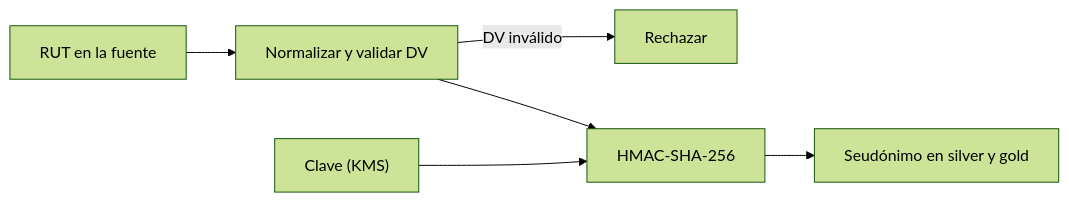
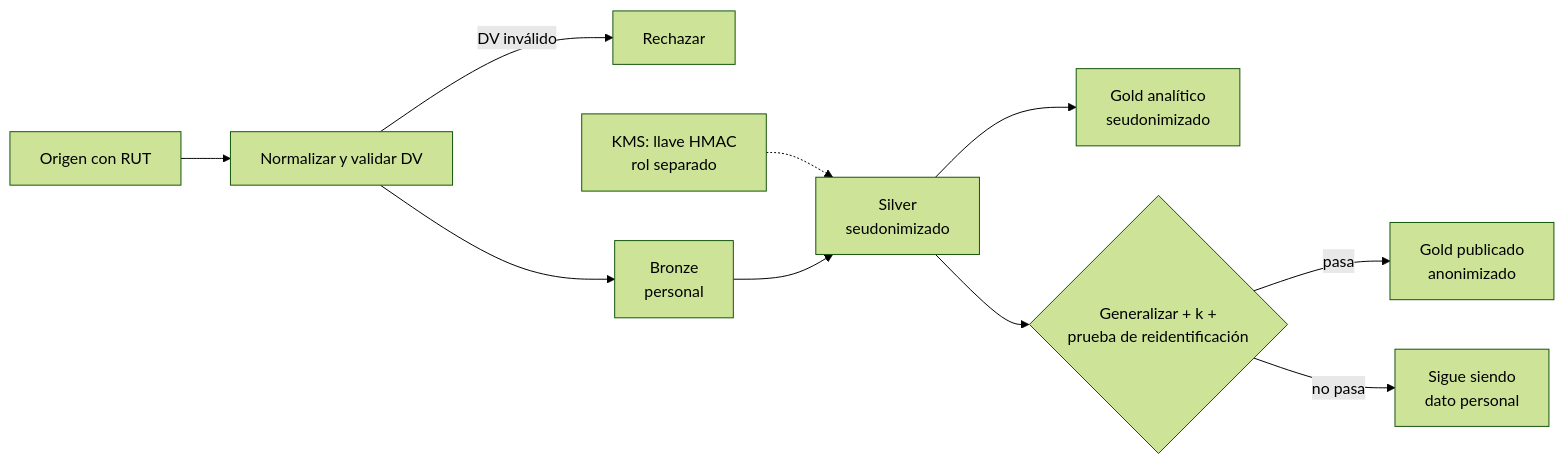
The diagram in content/concepts/chilean-identifier-pseudonymization.md (fcp4891/de-knowledge-hub), drawn with Mermaid (forest theme) before and after one commit. The commit also changed other lines of this file and 23 other files, not shown here.

````diff
--- a/content/concepts/chilean-identifier-pseudonymization.md
+++ b/content/concepts/chilean-identifier-pseudonymization.md
@@ -141,8 +146,12 @@
 ```mermaid
 flowchart LR
-  R["RUT en la fuente"] --> N["Normalizar y validar DV"]
+  O["Origen con RUT"] --> N["Normalizar y validar DV"]
   N -- "DV inválido" --> X["Rechazar"]
-  N --> H["HMAC-SHA-256"]
-  K["Clave (KMS)"] --> H
-  H --> S["Seudónimo en silver y gold"]
+  N --> B["Bronze<br/>personal"]
+  K["KMS: llave HMAC<br/>rol separado"] -.-> S
+  B --> S["Silver<br/>seudonimizado"]
+  S --> G["Gold analítico<br/>seudonimizado"]
+  S --> A{"Generalizar + k +<br/>prueba de reidentificación"}
+  A -- "pasa" --> P["Gold publicado<br/>anonimizado"]
+  A -- "no pasa" --> Y["Sigue siendo<br/>dato personal"]
 ```
````
